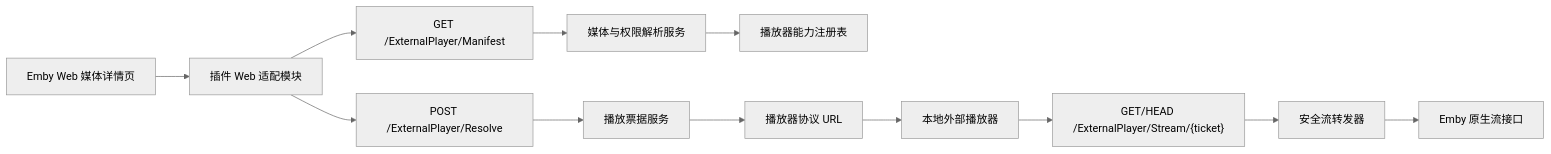
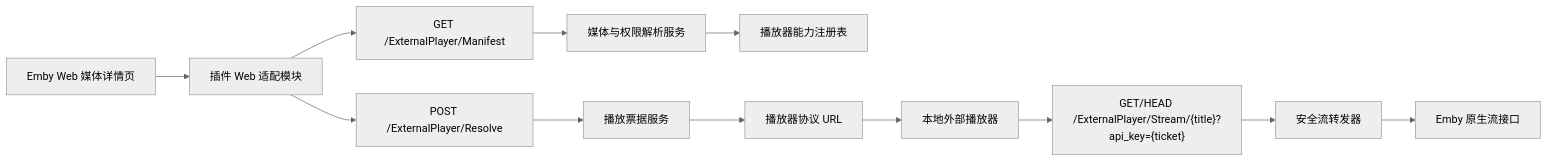
One commit to Kectai/emby-external-player changed the diagram in docs/DESIGN.md. Above: the diagram before and after it, drawn with Mermaid (neutral theme). The commit also changed other lines of this file and 20 other files, not shown here.

````diff
--- a/docs/DESIGN.md
+++ b/docs/DESIGN.md
@@ -111,14 +111,14 @@
 ```mermaid
 flowchart LR
     A["Emby Web 媒体详情页"] --> B["插件 Web 适配模块"]
     B --> C["GET /ExternalPlayer/Manifest"]
     C --> D["媒体与权限解析服务"]
     D --> E["播放器能力注册表"]
     B --> F["POST /ExternalPlayer/Resolve"]
     F --> G["播放票据服务"]
     G --> H["播放器协议 URL"]
     H --> I["本地外部播放器"]
-    I --> J["GET/HEAD /ExternalPlayer/Stream/{ticket}"]
+    I --> J["GET/HEAD /ExternalPlayer/Stream/{title}?api_key={ticket}"]
     J --> K["安全流转发器"]
     K --> L["Emby 原生流接口"]
 ```
````
